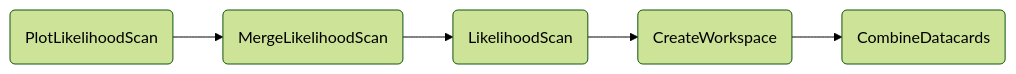
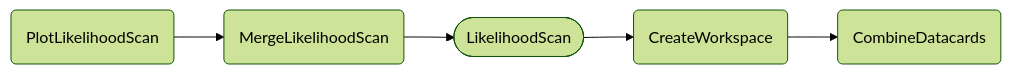
One commit to cms-hh/inference_tools changed the first of 3 diagrams in docs/content/tasks/likelihood.md. Above: the diagram before and after it, drawn with Mermaid (forest theme). The commit also changed other lines of this file and 6 other files, not shown here.

Commit message:
Mark workflows in docs dependency graphs.

````diff
--- a/docs/content/tasks/likelihood.md
+++ b/docs/content/tasks/likelihood.md
@@ -52,7 +52,7 @@
 ```mermaid
     graph LR;
     A(PlotLikelihoodScan) --> B(MergeLikelihoodScan);
-    B --> C(LikelihoodScan);
+    B --> C([LikelihoodScan]);
     C --> D(CreateWorkspace);
     D --> E(CombineDatacards);
 ```
````
